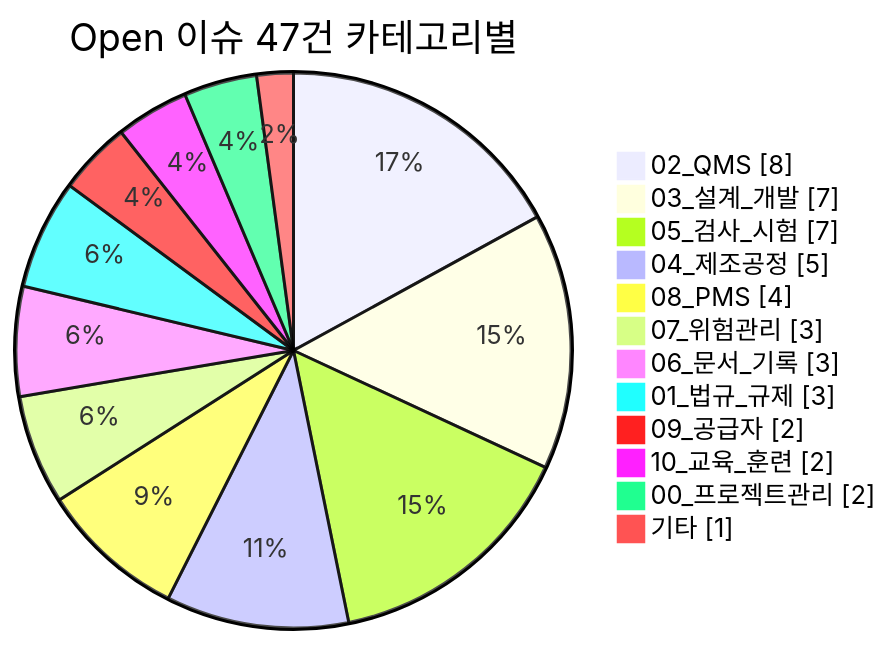
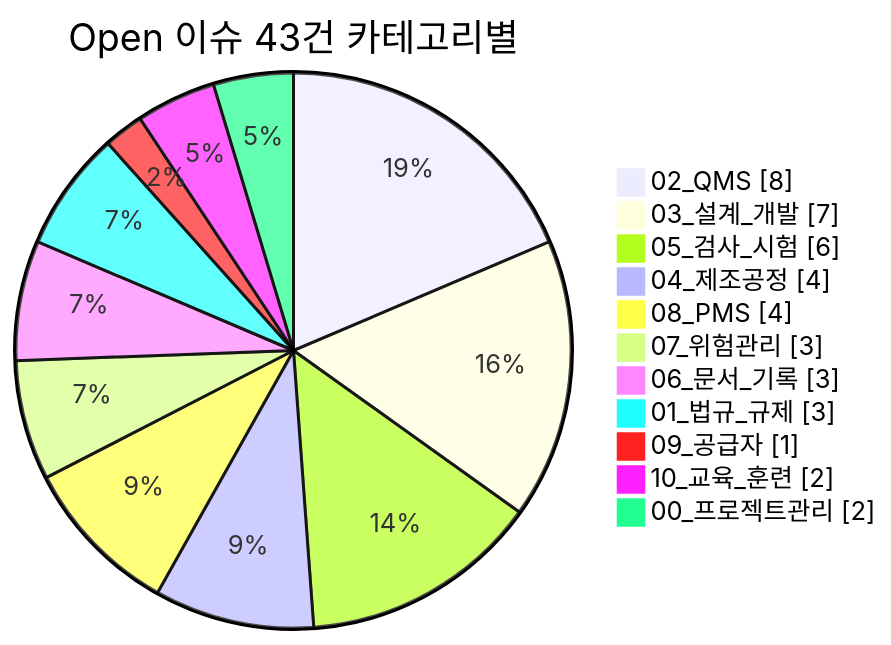
Before and after one commit to holee9/MD-process: the fourth of 4 diagrams in README.md, drawn with Mermaid. The commit also changed other lines of this file, not shown here.

````diff
--- a/README.md
+++ b/README.md
@@ -171,16 +169,15 @@
 ```mermaid
 pie showData
-    title Open 이슈 47건 카테고리별
+    title Open 이슈 43건 카테고리별
     "02_QMS" : 8
     "03_설계_개발" : 7
-    "05_검사_시험" : 7
-    "04_제조공정" : 5
+    "05_검사_시험" : 6
+    "04_제조공정" : 4
     "08_PMS" : 4
     "07_위험관리" : 3
     "06_문서_기록" : 3
     "01_법규_규제" : 3
-    "09_공급자" : 2
+    "09_공급자" : 1
     "10_교육_훈련" : 2
     "00_프로젝트관리" : 2
-    "기타" : 1
 ```
````
